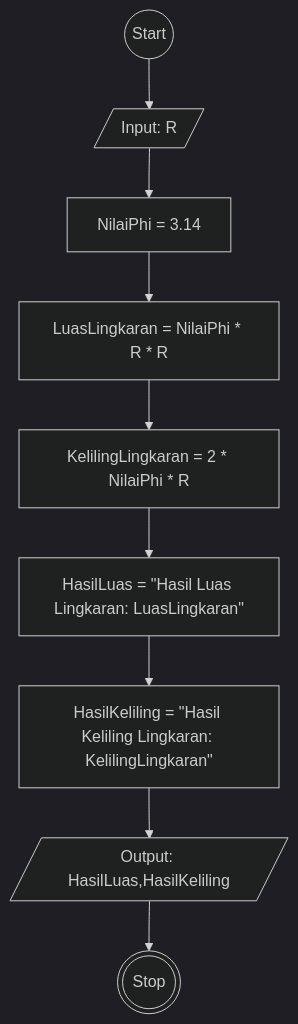
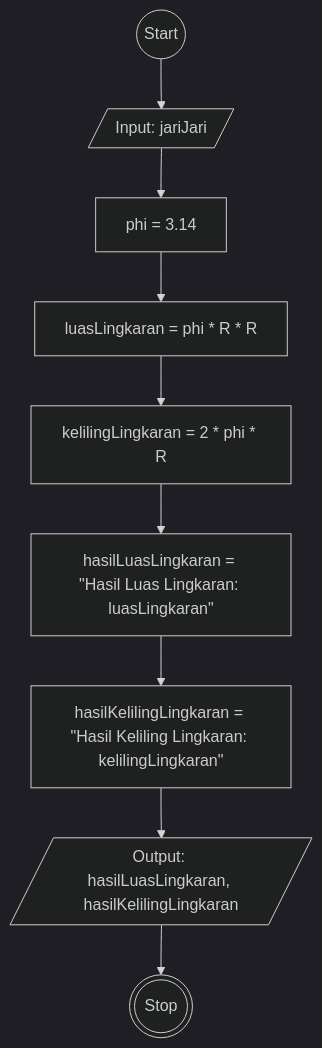
The diagram in README.md (Vincentius31/koda-b6-javascript1), drawn with Mermaid (dark theme) before and after one commit.

````diff
--- a/README.md
+++ b/README.md
@@ -5,14 +5,14 @@
 ```mermaid
 flowchart TD
 idStart((Start))
-idInput[/"Input: R"/]
-idNilaiPhi["NilaiPhi = 3.14"]
-idLuasLingkaran["LuasLingkaran = NilaiPhi * R * R"]
-idKelilingLingkaran["KelilingLingkaran = 2 * NilaiPhi * R"]
-idProsesLuas[HasilLuas = #quot;Hasil Luas Lingkaran: LuasLingkaran#quot;]
-idProsesKeliling[HasilKeliling = #quot;Hasil Keliling Lingkaran: KelilingLingkaran#quot;]
-idOutput[/Output: HasilLuas,HasilKeliling/]
+idInput[/"Input: jariJari"/]
+idNilaiPhi["phi = 3.14"]
+idLuasLingkaran["luasLingkaran = phi * R * R"]
+idKelilingLingkaran["kelilingLingkaran = 2 * phi * R"]
+idProsesLuas[hasilLuasLingkaran = #quot;Hasil Luas Lingkaran: luasLingkaran#quot;]
+idProsesKeliling[hasilKelilingLingkaran = #quot;Hasil Keliling Lingkaran: kelilingLingkaran#quot;]
+idOutput[/Output: hasilLuasLingkaran, hasilKelilingLingkaran/]
 idFinish(((Stop)))
 
 idStart --> idInput --> idNilaiPhi --> idLuasLingkaran --> idKelilingLingkaran --> idProsesLuas --> idProsesKeliling --> idOutput --> idFinish
 ```
````
